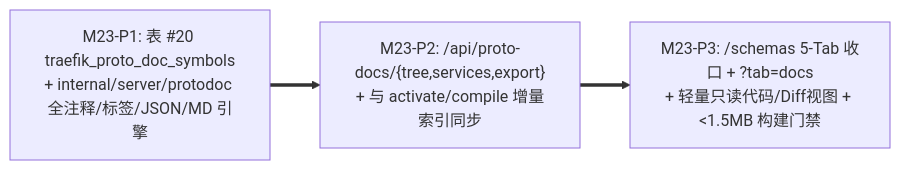
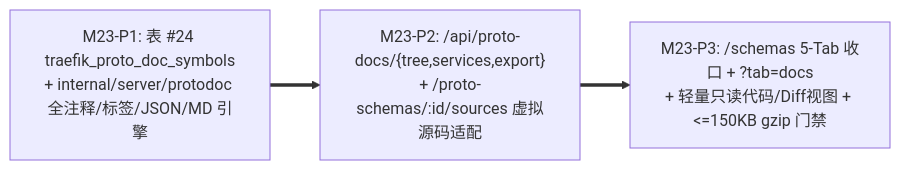
One commit to fugui/code-traefik changed the diagram in docs/04-tasks/24-m23-living-proto-docs-and-readonly-sources.md. Above: the diagram before and after it, drawn with Mermaid. The commit also changed other lines of this file and 15 other files, not shown here.

````diff
--- a/docs/04-tasks/24-m23-living-proto-docs-and-readonly-sources.md
+++ b/docs/04-tasks/24-m23-living-proto-docs-and-readonly-sources.md
@@ -29,5 +30,5 @@
 ```mermaid
 flowchart LR
-    P1["M23-P1: 表 #20 traefik_proto_doc_symbols\n+ internal/server/protodoc 全注释/标签/JSON/MD 引擎"] ==> P2["M23-P2: /api/proto-docs/{tree,services,export}\n+ 与 activate/compile 增量索引同步"]
-    P2 ==> P3["M23-P3: /schemas 5-Tab 收口 + ?tab=docs\n+ 轻量只读代码/Diff视图 + <1.5MB 构建门禁"]
+    P1["M23-P1: 表 #24 traefik_proto_doc_symbols\n+ internal/server/protodoc 全注释/标签/JSON/MD 引擎"] ==> P2["M23-P2: /api/proto-docs/{tree,services,export}\n+ /proto-schemas/:id/sources 虚拟源码适配"]
+    P2 ==> P3["M23-P3: /schemas 5-Tab 收口 + ?tab=docs\n+ 轻量只读代码/Diff视图 + <=150KB gzip 门禁"]
 ```
````
